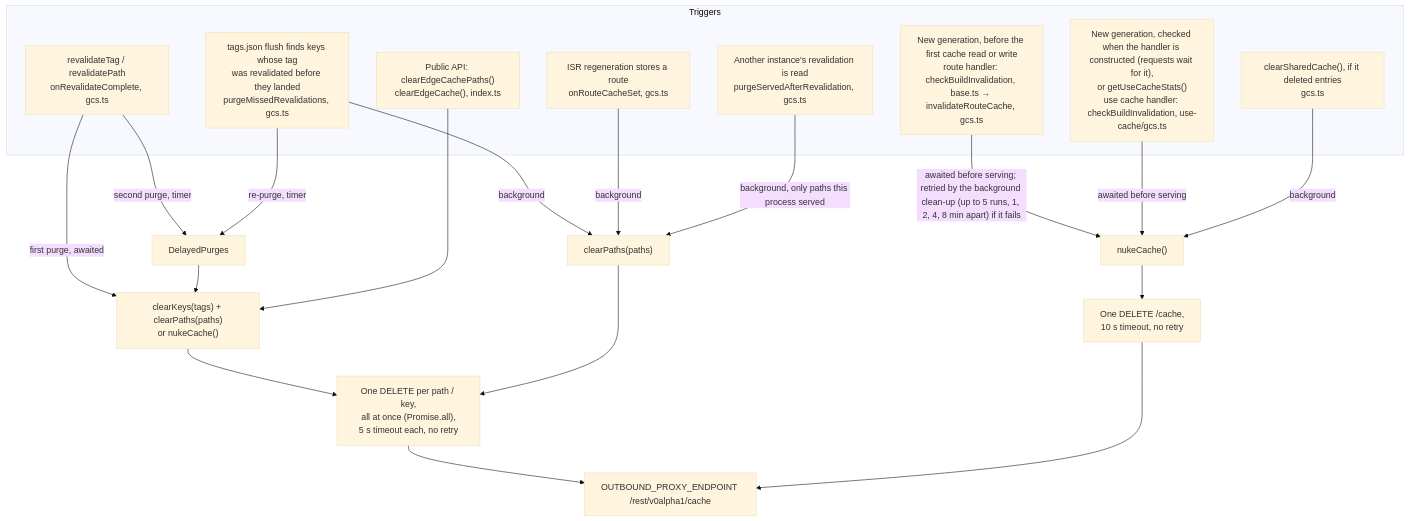
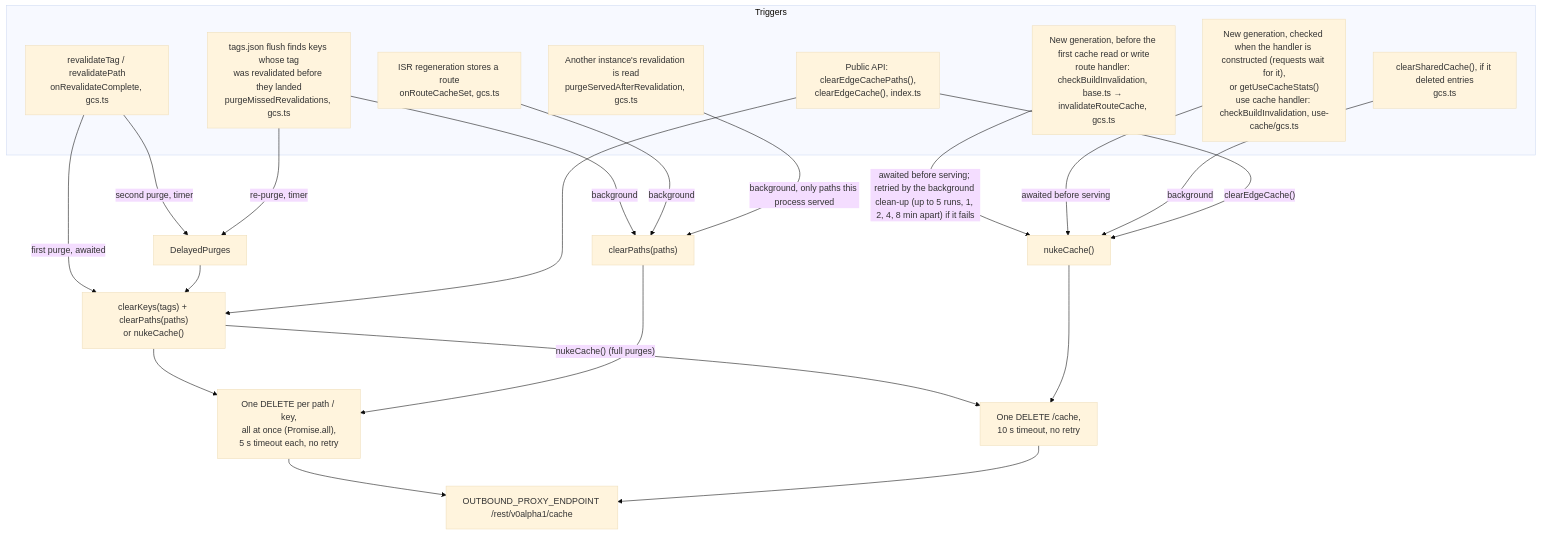
The fourth of 5 diagrams in ARCHITECTURE.md (pantheon-systems/nextjs-cache-handler), drawn with Mermaid (base theme) before and after one commit. The commit also changed other lines of this file and 7 other files, not shown here.

````diff
--- a/ARCHITECTURE.md
+++ b/ARCHITECTURE.md
@@ -212,31 +216,33 @@
 ```mermaid
 flowchart TB
   subgraph triggers["Triggers"]
     t1["revalidateTag / revalidatePath<br/>onRevalidateComplete, gcs.ts"]
     t2["ISR regeneration stores a route<br/>onRouteCacheSet, gcs.ts"]
     t3["tags.json flush finds keys whose tag<br/>was revalidated before they landed<br/>purgeMissedRevalidations, gcs.ts"]
     t4["New generation, before the first cache read or write<br/>route handler: checkBuildInvalidation, base.ts → invalidateRouteCache, gcs.ts"]
     t5["New generation, checked when the handler is constructed (requests wait for it),<br/>or getUseCacheStats()<br/>use cache handler: checkBuildInvalidation, use-cache/gcs.ts"]
     t6["clearSharedCache(), if it deleted entries<br/>gcs.ts"]
     t8["Another instance's revalidation is read<br/>purgeServedAfterRevalidation, gcs.ts"]
-    t7["Public API: clearEdgeCachePaths()<br/>clearEdgeCache(), index.ts"]
+    t7["Public API: clearEdgeCachePaths(),<br/>clearEdgeCache(), index.ts"]
   end
 
   t1 -- "first purge, awaited" --> keysPaths["clearKeys(tags) + clearPaths(paths)<br/>or nukeCache()"]
   t1 -- "second purge, timer" --> dp[DelayedPurges]
   t3 -- "background" --> paths1["clearPaths(paths)"]
   t3 -- "re-purge, timer" --> dp
   dp --> keysPaths
   t2 -- "background" --> paths1
   t4 -- "awaited before serving; retried by the background clean-up (up to 5 runs, 1, 2, 4, 8 min apart) if it fails" --> nuke["nukeCache()"]
   t5 -- "awaited before serving" --> nuke
   t6 -- "background" --> nuke
   t7 --> keysPaths
+  t7 -- "clearEdgeCache()" --> nuke
+  keysPaths -- "nukeCache() (full purges)" --> one
   t8 -- "background, only paths this process served" --> paths1
 
   keysPaths --> fan["One DELETE per path / key,<br/>all at once (Promise.all),<br/>5 s timeout each, no retry"]
   paths1 --> fan
   nuke --> one["One DELETE /cache,<br/>10 s timeout, no retry"]
   fan --> proxy[OUTBOUND_PROXY_ENDPOINT /rest/v0alpha1/cache]
   one --> proxy
 ```
````
